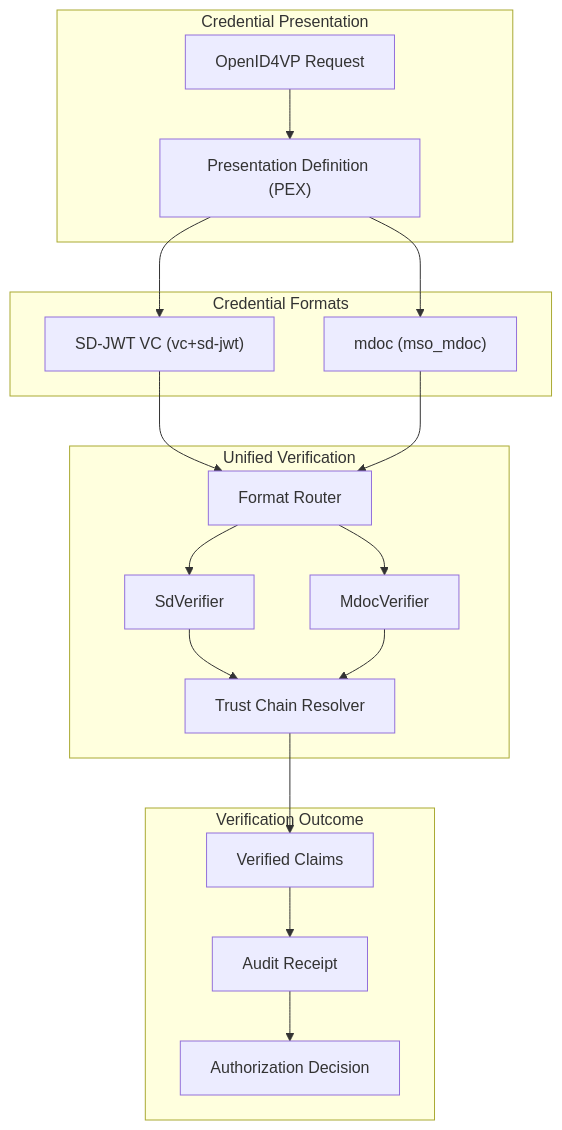
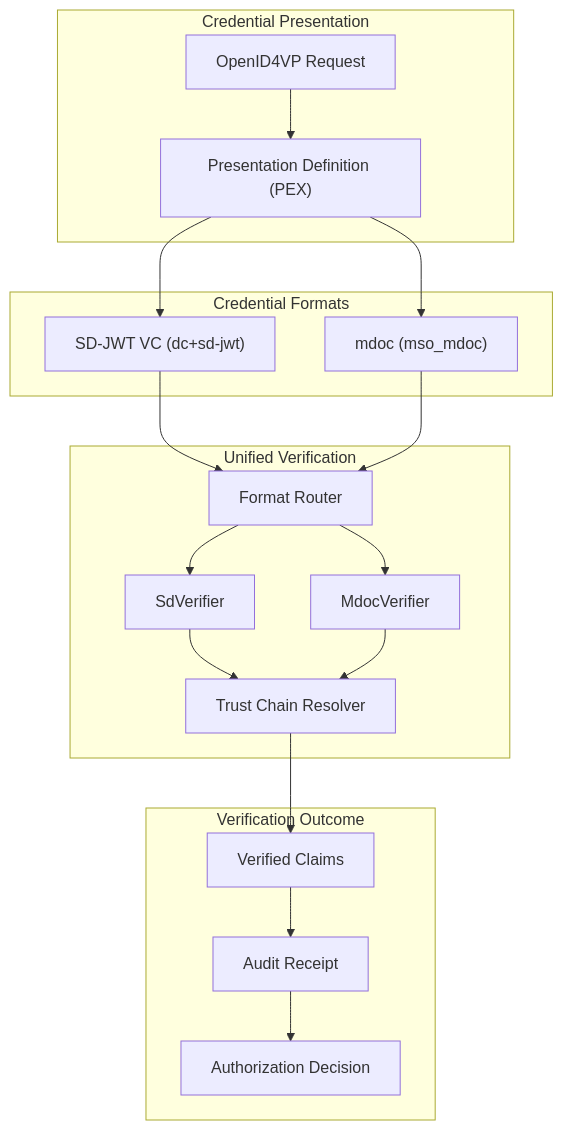
The second of 3 diagrams in docs/use-cases/mdoc-identity-verification.md (openwallet-foundation-labs/sd-jwt-dotnet), drawn with Mermaid before and after one commit. The commit also changed other lines of this file and 56 other files, not shown here.

````diff
--- a/docs/use-cases/mdoc-identity-verification.md
+++ b/docs/use-cases/mdoc-identity-verification.md
@@ -92,38 +92,38 @@
 ```mermaid
 flowchart TB
     subgraph Presentation["Credential Presentation"]
         OID4VP["OpenID4VP Request"]
         PEX["Presentation Definition (PEX)"]
     end
 
     subgraph Formats["Credential Formats"]
-        SDJWT["SD-JWT VC (vc+sd-jwt)"]
+        SDJWT["SD-JWT VC (dc+sd-jwt)"]
         MDOC["mdoc (mso_mdoc)"]
     end
 
     subgraph Verification["Unified Verification"]
         Router["Format Router"]
         SDVerifier["SdVerifier"]
         MdocVerifier["MdocVerifier"]
         TrustResolver["Trust Chain Resolver"]
     end
 
     subgraph Result["Verification Outcome"]
         Claims["Verified Claims"]
         Audit["Audit Receipt"]
         Decision["Authorization Decision"]
     end
 
     OID4VP --> PEX
     PEX --> SDJWT
     PEX --> MDOC
     SDJWT --> Router
     MDOC --> Router
     Router --> SDVerifier
     Router --> MdocVerifier
     SDVerifier --> TrustResolver
     MdocVerifier --> TrustResolver
     TrustResolver --> Claims
     Claims --> Audit
     Audit --> Decision
 ```
````
